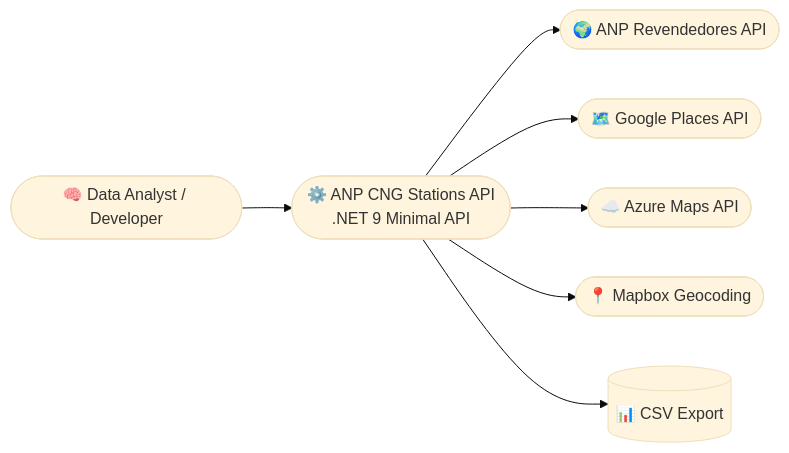
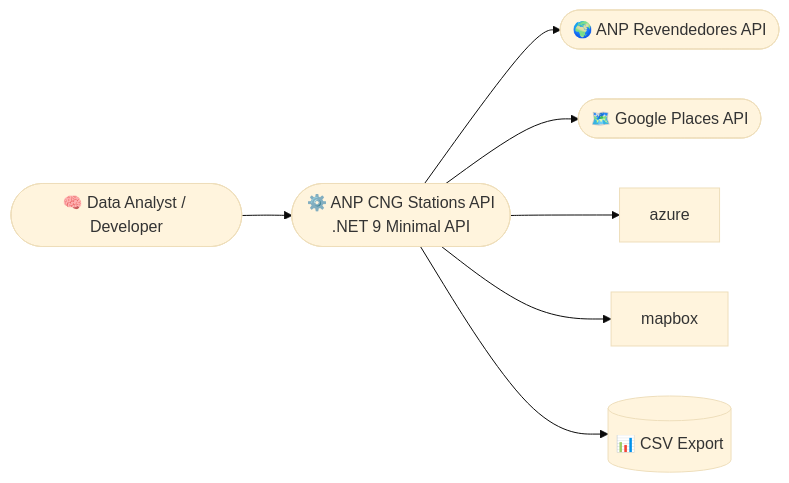
One commit to FabioRNobrega/anp-trucks-cng-stations changed the diagram in README.md. Above: the diagram before and after it, drawn with Mermaid (base theme).

Commit message:
fix(readme): mermaid diagram

````diff
--- a/README.md
+++ b/README.md
@@ -101,17 +101,15 @@
 ```mermaid
 flowchart LR
     user([🧠 Data Analyst / Developer])
     api([⚙️ ANP CNG Stations API<br/>.NET 9 Minimal API])
     anp([🌍 ANP Revendedores API])
     google([🗺️ Google Places API])
-    azure([☁️ Azure Maps API])
-    mapbox([📍 Mapbox Geocoding])
     csv[(📊 CSV Export)]
 
     user --> api
     api --> anp
     api --> google
     api --> azure
     api --> mapbox
     api --> csv
 ```
````
